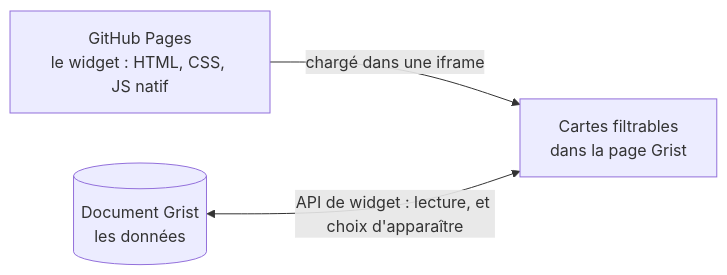
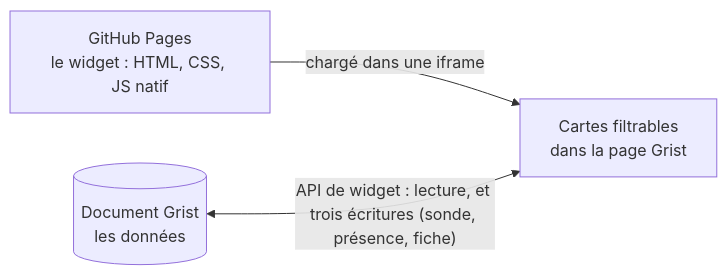
Before and after one commit to lombre33/Annuaire_PUI_Bordeaux: the diagram in README.md, drawn with Mermaid. The commit also changed other lines of this file, not shown here.

````diff
--- a/README.md
+++ b/README.md
@@ -83,8 +84,8 @@
 ```mermaid
 flowchart LR
     grist[("Document Grist<br/>les données")]
     pages["GitHub Pages<br/>le widget : HTML, CSS, JS natif"]
     cards["Cartes filtrables<br/>dans la page Grist"]
     pages -->|"chargé dans une iframe"| cards
-    grist <-->|"API de widget : lecture, et choix d'apparaître"| cards
+    grist <-->|"API de widget : lecture, et trois écritures (sonde, présence, fiche)"| cards
 ```
````
